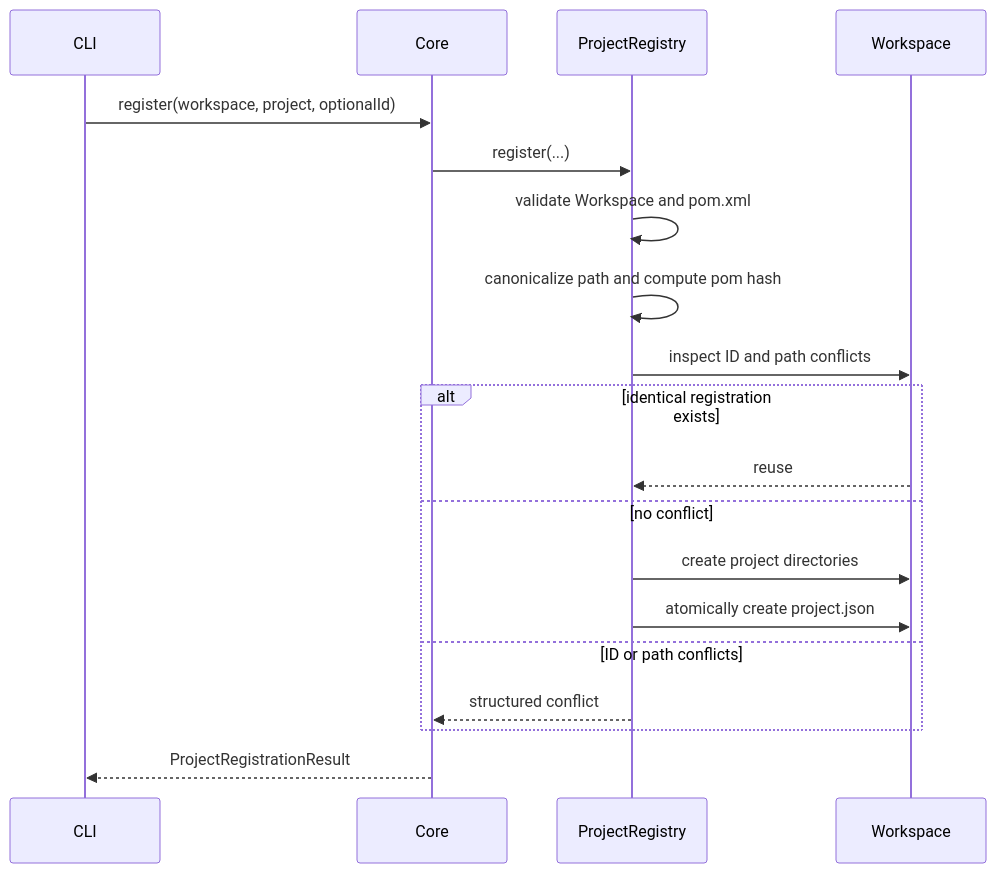
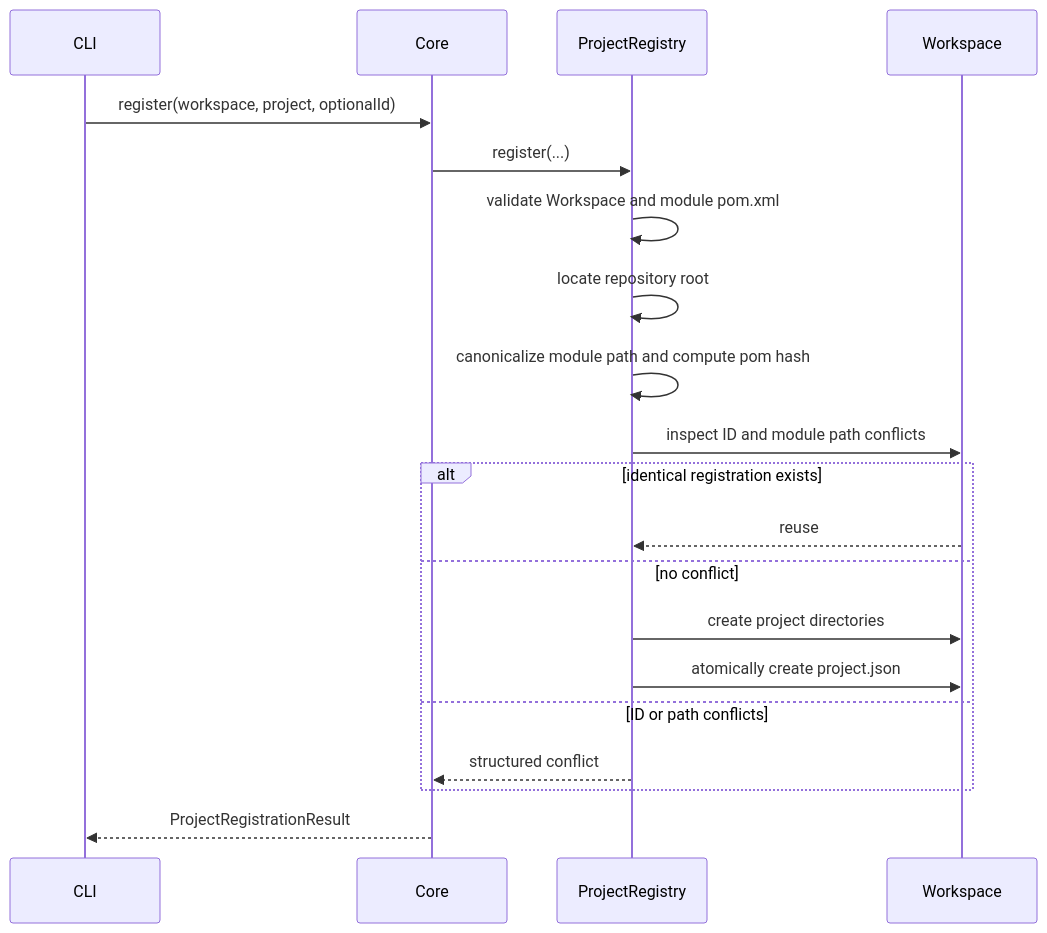
One commit to mh90901119-oss/algorithm-debug-agent changed the third of 3 diagrams in docs/superpowers/specs/2026-08-16-external-workspace-control-plane-design.md. Above: the diagram before and after it, drawn with Mermaid. The commit also changed other lines of this file, not shown here.

Commit message:
docs: support algorithm modules in workspace design

````diff
--- a/docs/superpowers/specs/2026-08-16-external-workspace-control-plane-design.md
+++ b/docs/superpowers/specs/2026-08-16-external-workspace-control-plane-design.md
@@ -298,21 +310,22 @@
 ```mermaid
 sequenceDiagram
     participant CLI
     participant Core
     participant Registry as ProjectRegistry
     participant Workspace
     CLI->>Core: register(workspace, project, optionalId)
     Core->>Registry: register(...)
-    Registry->>Registry: validate Workspace and pom.xml
-    Registry->>Registry: canonicalize path and compute pom hash
-    Registry->>Workspace: inspect ID and path conflicts
+    Registry->>Registry: validate Workspace and module pom.xml
+    Registry->>Registry: locate repository root
+    Registry->>Registry: canonicalize module path and compute pom hash
+    Registry->>Workspace: inspect ID and module path conflicts
     alt identical registration exists
         Workspace-->>Registry: reuse
     else no conflict
         Registry->>Workspace: create project directories
         Registry->>Workspace: atomically create project.json
     else ID or path conflicts
         Registry-->>Core: structured conflict
     end
     Core-->>CLI: ProjectRegistrationResult
 ```
````
